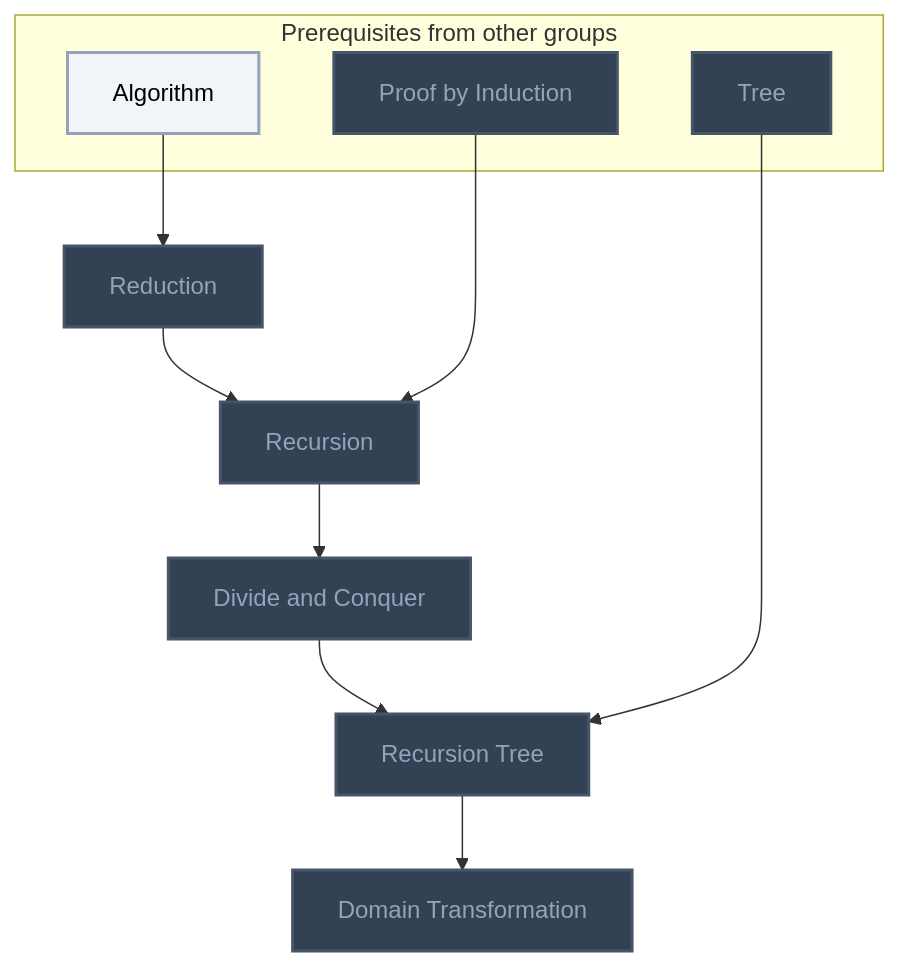
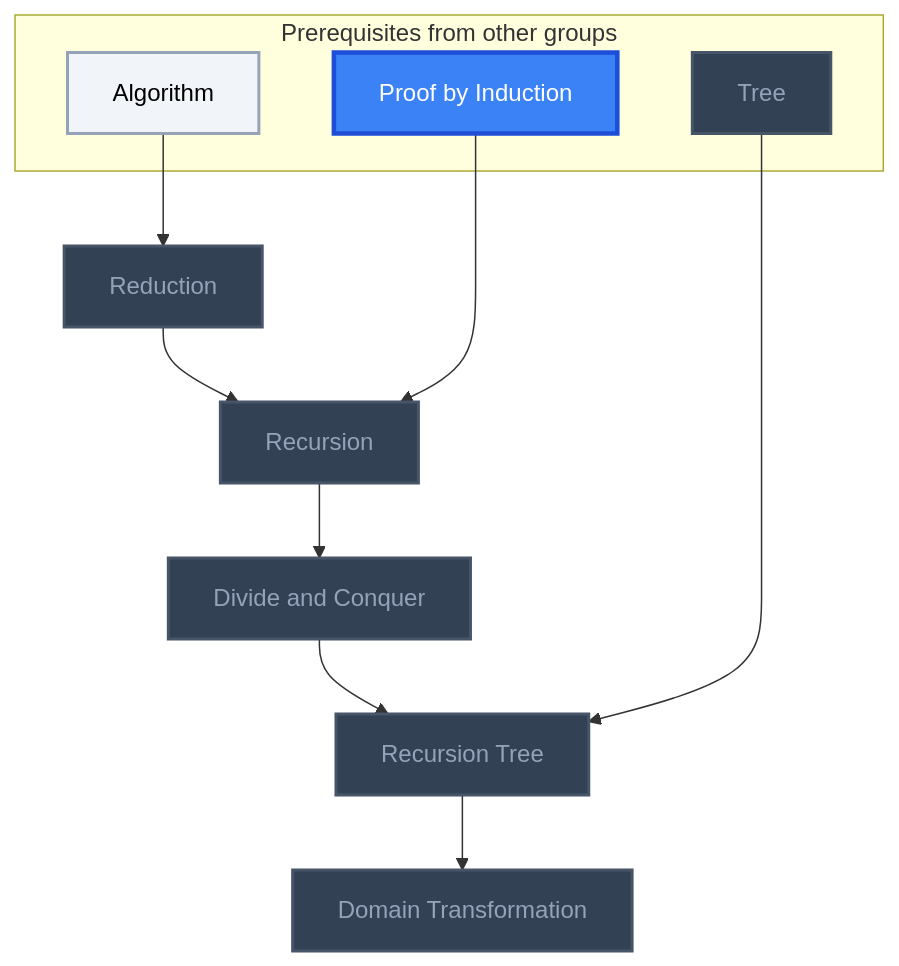
One commit to MRauf1/My-Notes changed the third of 17 diagrams in Gamification/Skill Trees/Data Structures and Algorithms.md. Above: the diagram before and after it, drawn with Mermaid. The commit also changed other lines of this file and 156 other files, not shown here.

````diff
--- a/Gamification/Skill Trees/Data Structures and Algorithms.md
+++ b/Gamification/Skill Trees/Data Structures and Algorithms.md
@@ -85,32 +85,33 @@
 ```mermaid
 flowchart TD
     classDef planned fill:#1E293B,stroke:#64748B,stroke-width:2px,stroke-dasharray:5 5,color:#94A3B8;
     classDef locked fill:#334155,stroke:#475569,stroke-width:2px,color:#94A3B8;
     classDef L0 fill:#F1F5F9,stroke:#94A3B8,stroke-width:2px,color:#000000;
     classDef L1 fill:#22C55E,stroke:#15803D,stroke-width:2px,color:#000000;
     classDef L2 fill:#3B82F6,stroke:#1D4ED8,stroke-width:3px,color:#FFFFFF;
     classDef L3 fill:#A855F7,stroke:#6B21A8,stroke-width:3px,color:#FFFFFF,font-weight:bold;
     classDef L4 fill:#F97316,stroke:#C2410C,stroke-width:4px,color:#000000,font-weight:bold;
     classDef L5 fill:#FFD700,stroke:#FF8C00,stroke-width:5px,color:#000000,font-weight:bold;
     classDef rusty stroke:#8B4513,stroke-width:4px,stroke-dasharray:3 3;
     subgraph sg_prereqs["Prerequisites from other groups"]
         n_algorithm["Algorithm"]
         n_proof_by_induction["Proof by Induction"]
         n_tree["Tree"]
     end
     n_reduction["Reduction"]
     n_recursion["Recursion"]
     n_divide_and_conquer["Divide and Conquer"]
     n_recursion_tree["Recursion Tree"]
     n_domain_transformation["Domain Transformation"]
     n_algorithm --> n_reduction
     n_reduction --> n_recursion
     n_proof_by_induction --> n_recursion
     n_recursion --> n_divide_and_conquer
     n_divide_and_conquer --> n_recursion_tree
     n_tree --> n_recursion_tree
     n_recursion_tree --> n_domain_transformation
-    class n_proof_by_induction,n_tree,n_reduction,n_recursion,n_divide_and_conquer,n_recursion_tree,n_domain_transformation locked;
+    class n_tree,n_reduction,n_recursion,n_divide_and_conquer,n_recursion_tree,n_domain_transformation locked;
     class n_algorithm L0;
+    class n_proof_by_induction L2;
     class n_algorithm,n_proof_by_induction,n_tree,n_reduction,n_recursion,n_divide_and_conquer,n_recursion_tree,n_domain_transformation internal-link;
 ```
````
